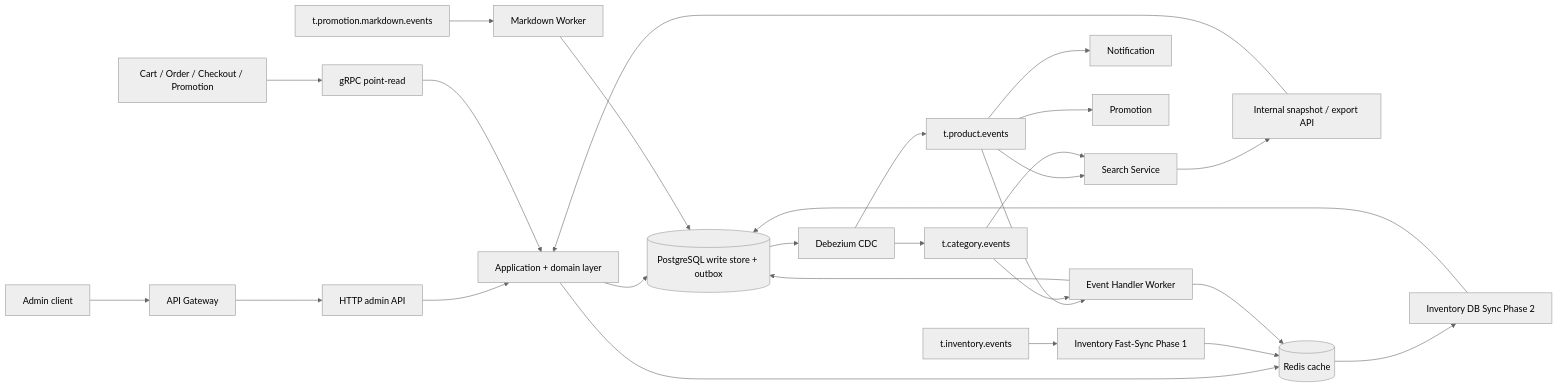
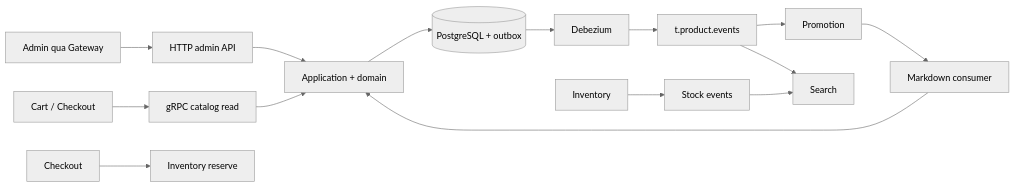
The diagram in docs/product/architecture.md (quangdung2110/e-commerce-microservices), drawn with Mermaid (neutral theme) before and after one commit. The commit also changed other lines of this file and 12 other files, not shown here.

Commit message:
docs(product): consolidate current service design

````diff
--- a/docs/product/architecture.md
+++ b/docs/product/architecture.md
@@ -27,34 +14,17 @@
 ```mermaid
 flowchart LR
-  ADM[Admin client] --> GW[API Gateway]
-  GW --> HTTP[HTTP admin API]
-  CART[Cart / Order / Checkout / Promotion] --> GRPC[gRPC point-read]
-  SEARCH[Search Service] --> INT[Internal snapshot / export API]
-
-  HTTP --> APP[Application + domain layer]
+  ADMIN[Admin qua Gateway] --> HTTP[HTTP admin API]
+  CART[Cart / Checkout] --> GRPC[gRPC catalog read]
+  PROMOTION[Promotion] --> MK[Markdown consumer]
+  HTTP --> APP[Application + domain]
   GRPC --> APP
-  INT --> APP
-
-  APP --> PG[(PostgreSQL write store + outbox)]
-  APP --> R[(Redis cache)]
-
-  PG --> DBZ[Debezium CDC]
-  DBZ --> KP[t.product.events]
-  DBZ --> KC[t.category.events]
-
-  KP --> SEARCH
-  KP --> NOTI[Notification]
-  KP --> PROMO[Promotion]
-  KP --> EH[Event Handler Worker]
-  KC --> EH
-  KC --> SEARCH
-
-  PMK[t.promotion.markdown.events] --> MW[Markdown Worker]
-  KINV[t.inventory.events] --> P1[Inventory Fast-Sync Phase 1]
-  P1 --> R
-  R --> P2[Inventory DB Sync Phase 2]
-  P2 --> PG
-  MW --> PG
-  EH --> R
-  EH --> PG
+  MK --> APP
+  APP --> PG[(PostgreSQL + outbox)]
+  PG --> DBZ[Debezium]
+  DBZ --> PE[t.product.events]
+  PE --> SEARCH[Search]
+  PE --> PROMOTION
+  INVENTORY[Inventory] --> IE[Stock events]
+  IE --> SEARCH
+  CHECKOUT[Checkout] --> RESERVE[Inventory reserve]
 ```
````
